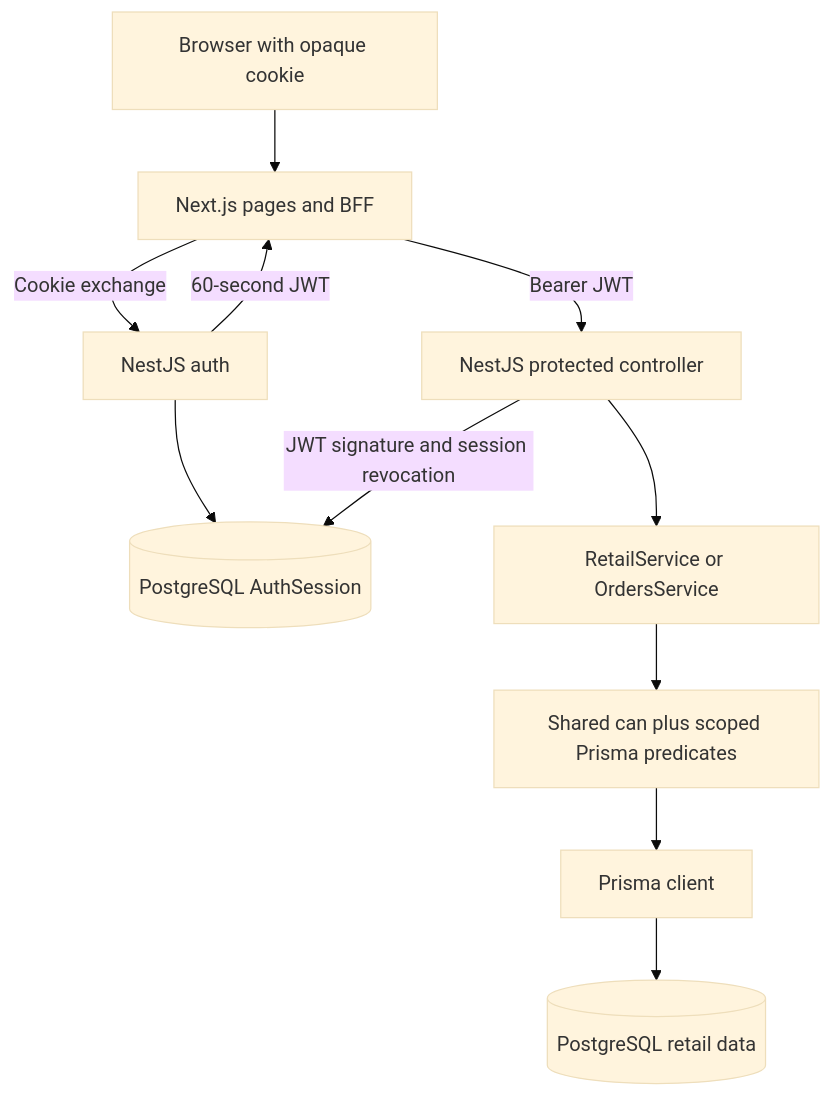
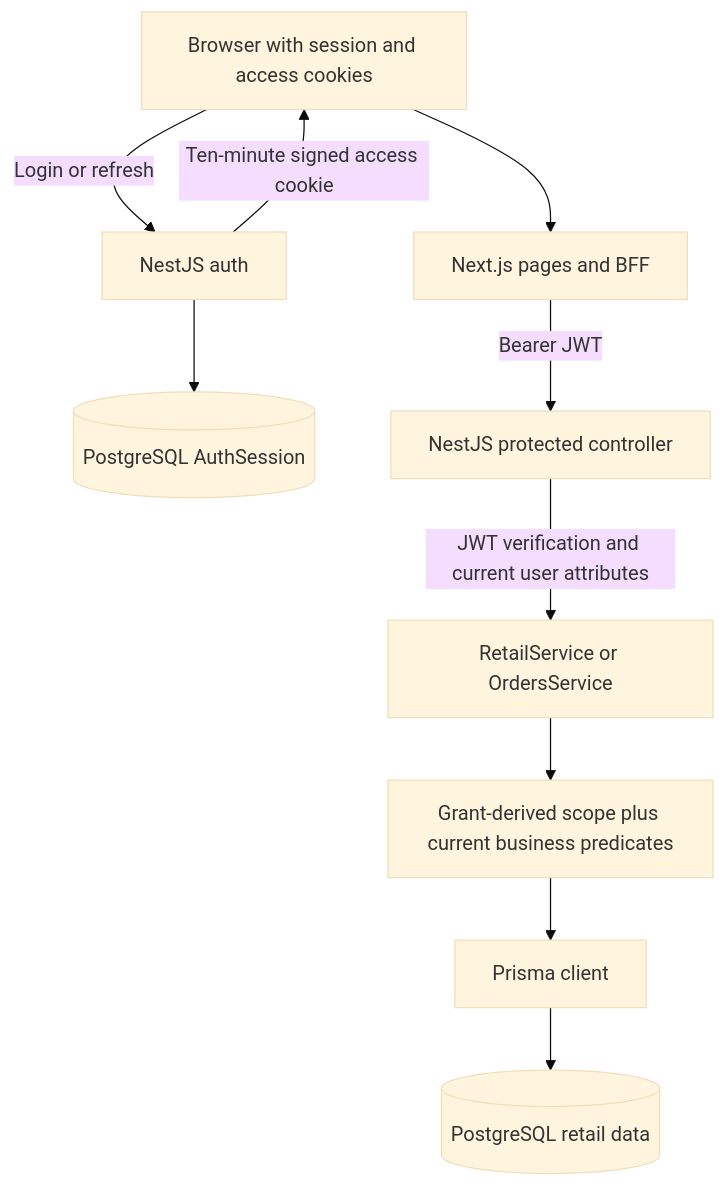
Before and after one commit to korawit-ch/multi-branch-retail-store-with-abac-oauth-poc: the diagram in doc/02-architecture-and-principles.md, drawn with Mermaid (base theme). The commit also changed other lines of this file and 16 other files, not shown here.

````diff
--- a/doc/02-architecture-and-principles.md
+++ b/doc/02-architecture-and-principles.md
@@ -23,13 +23,12 @@
 ```mermaid
 flowchart TD
-  Browser[Browser with opaque cookie] --> Pages[Next.js pages and BFF]
-  Pages -->|Cookie exchange| Auth[NestJS auth]
+  Browser[Browser with session and access cookies] --> Pages[Next.js pages and BFF]
+  Browser -->|Login or refresh| Auth[NestJS auth]
   Auth --> Sessions[(PostgreSQL AuthSession)]
-  Auth -->|60-second JWT| Pages
+  Auth -->|Ten-minute signed access cookie| Browser
   Pages -->|Bearer JWT| Controller[NestJS protected controller]
-  Controller -->|JWT signature and session revocation| Sessions
-  Controller --> Service[RetailService or OrdersService]
-  Service --> Policy[Shared can plus scoped Prisma predicates]
+  Controller -->|JWT verification and current user attributes| Service[RetailService or OrdersService]
+  Service --> Policy[Grant-derived scope plus current business predicates]
   Policy --> Prisma[Prisma client]
   Prisma --> DB[(PostgreSQL retail data)]
 ```
````
